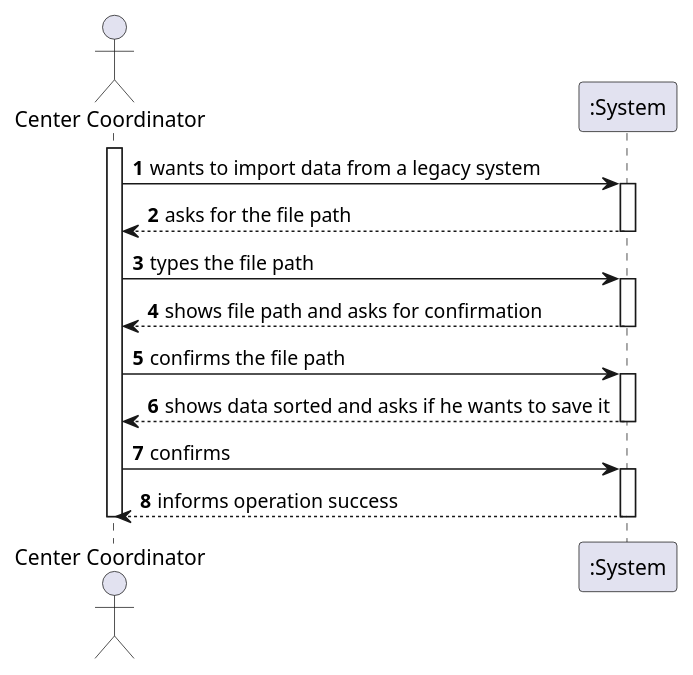
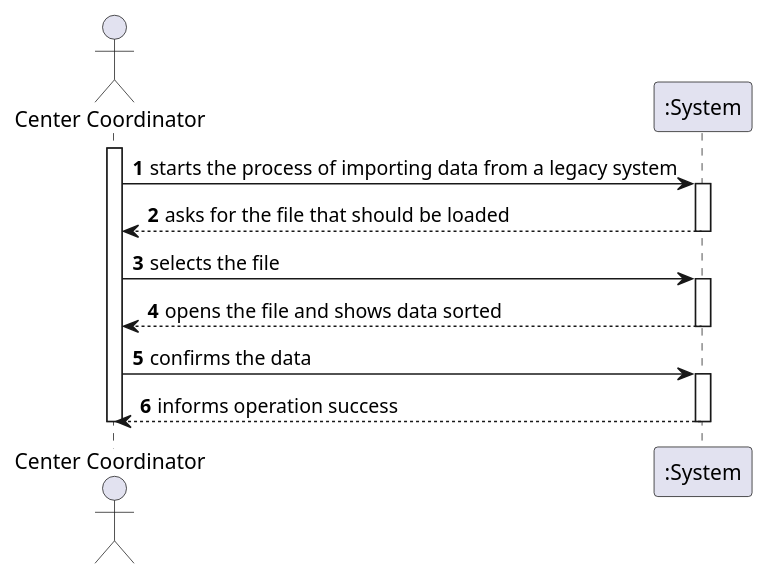
The diagram in docs/SprintD/US17/SSD/US17_SSD.puml (miseEnPlace-i/lapr2), drawn with PlantUML before and after one commit. The commit also changed 3 other files, not shown here.

```diff
--- a/docs/SprintD/US17/SSD/US17_SSD.puml
+++ b/docs/SprintD/US17/SSD/US17_SSD.puml
@@ -1,35 +1,29 @@
 @startuml US17_SSD
 autonumber
 
 actor "Center Coordinator" as COORDINATOR
 
 activate COORDINATOR
 
-COORDINATOR -> ":System" : wants to import data from a legacy system
+COORDINATOR -> ":System" : starts the process of importing data from a legacy system
 activate ":System"
 
-":System" --> COORDINATOR : asks for the file path
+":System" --> COORDINATOR : asks for the file that should be loaded
 deactivate ":System"
 
-COORDINATOR -> ":System" : types the file path
-activate ":System"
-
-":System" --> COORDINATOR : shows file path and asks for confirmation
-deactivate ":System"
-
-COORDINATOR -> ":System" : confirms the file path
+COORDINATOR -> ":System" : selects the file
 activate ":System"
 
 ' sorted by arrival time or by the center leaving time
-":System" --> COORDINATOR : shows data sorted and asks if he wants to save it
+":System" --> COORDINATOR : opens the file and shows data sorted
 deactivate ":System"
 
-COORDINATOR -> ":System" : confirms
+COORDINATOR -> ":System" : confirms the data
 activate ":System"
 
 ":System" --> COORDINATOR : informs operation success
 deactivate ":System"
 
 deactivate COORDINATOR
 
 @enduml
```
